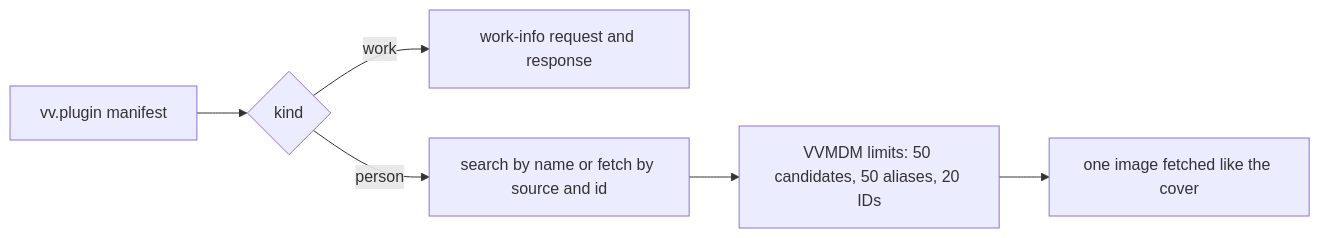
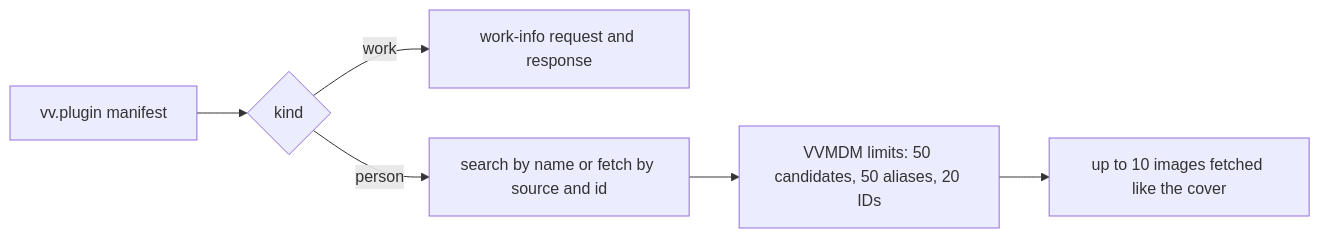
One commit to syudead/vv changed the first of 2 diagrams in docs/design-docs/person-plugins.md. Above: the diagram before and after it, drawn with Mermaid. The commit also changed other lines of this file and 14 other files, not shown here.

````diff
--- a/docs/design-docs/person-plugins.md
+++ b/docs/design-docs/person-plugins.md
@@ -13,8 +13,8 @@
 ```mermaid
 flowchart LR
   manifest[vv.plugin manifest] --> kind{kind}
   kind -->|work| work[work-info request and response]
   kind -->|person| person[search by name or fetch by source and id]
   person --> limits[VVMDM limits: 50 candidates, 50 aliases, 20 IDs]
-  limits --> image[one image fetched like the cover]
+  limits --> image[up to 10 images fetched like the cover]
 ```
````
